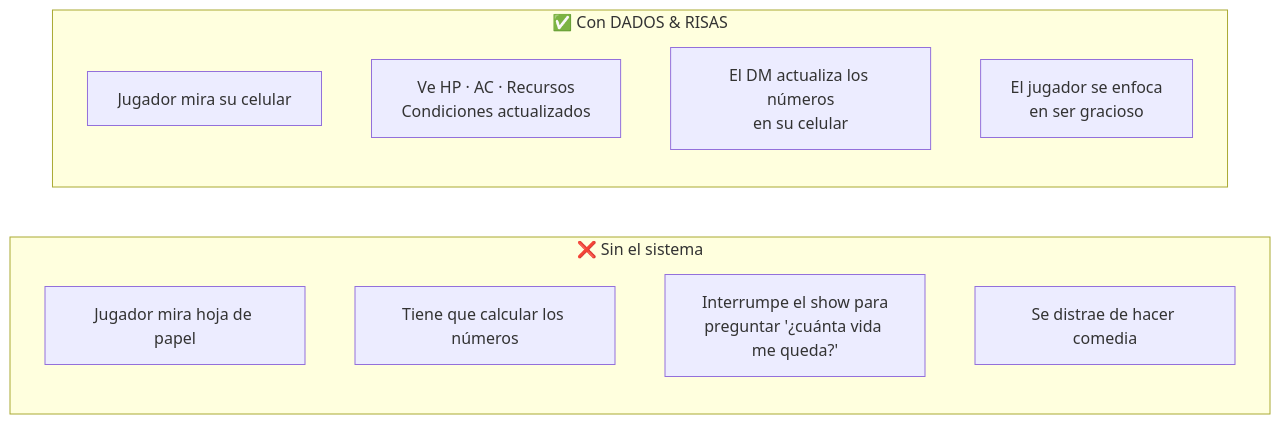
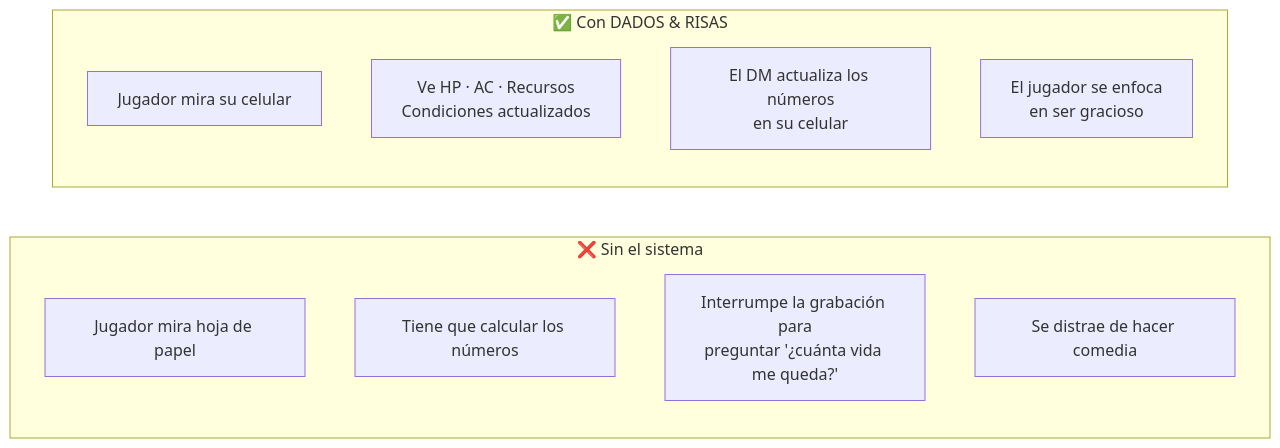
The seventh of 12 diagrams in demo-pitch-docs/workflow-stakeholders.md (s0lci700/OVERLAYS), drawn with Mermaid before and after one commit. The commit also changed other lines of this file and 2 other files, not shown here.

Commit message:
Reframe docs: recorded show primary use case, timestamp post-production benefit, demo data caveat

````diff
--- a/demo-pitch-docs/workflow-stakeholders.md
+++ b/demo-pitch-docs/workflow-stakeholders.md
@@ -151,16 +187,16 @@
 ```mermaid
 flowchart LR
     subgraph SIN["❌ Sin el sistema"]
         A1[Jugador mira hoja de papel]
         A2[Tiene que calcular los números]
-        A3[Interrumpe el show para\npreguntar '¿cuánta vida me queda?']
+        A3[Interrumpe la grabación para\npreguntar '¿cuánta vida me queda?']
         A4[Se distrae de hacer comedia]
     end
 
     subgraph CON["✅ Con DADOS & RISAS"]
         B1[Jugador mira su celular]
         B2[Ve HP · AC · Recursos\nCondiciones actualizados]
         B3[El DM actualiza los números\nen su celular]
         B4[El jugador se enfoca\nen ser gracioso]
     end
 ```
````
